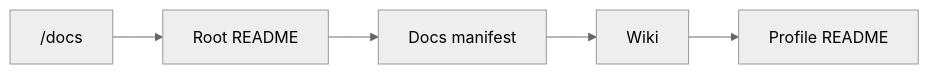
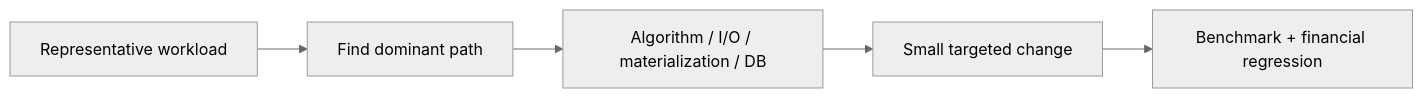
One commit to tks18/personal-finance-etl changed the second of 2 diagrams in docs/roadmap.md. Above: the diagram before and after it, drawn with Mermaid (neutral theme). The commit also changed other lines of this file, not shown here.

Commit message:
docs: update docs/roadmap for latest version

````diff
--- a/docs/roadmap.md
+++ b/docs/roadmap.md
@@ -130,7 +211,10 @@
 ```mermaid
 flowchart LR
-    DOCS["/docs"] --> ROOT["Root README"]
-    ROOT --> MAN["Docs manifest"]
-    MAN --> WIKI["Wiki"]
-    WIKI --> PROFILE["Profile README"]
+    MEASURE["Representative workload"]
+    PROFILE["Find dominant path"]
+    CLASSIFY["Algorithm / I/O / materialization / DB"]
+    CHANGE["Small targeted change"]
+    COMPARE["Benchmark + financial regression"]
+
+    MEASURE --> PROFILE --> CLASSIFY --> CHANGE --> COMPARE
 ```
````
